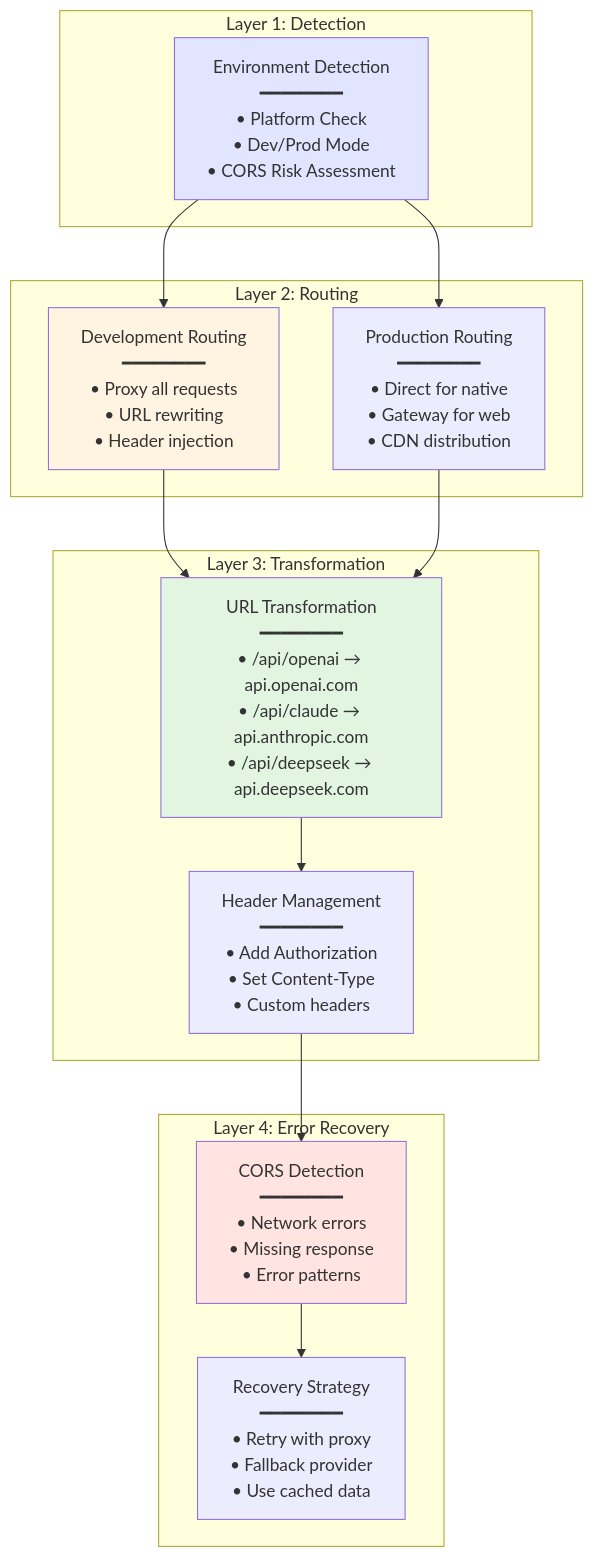
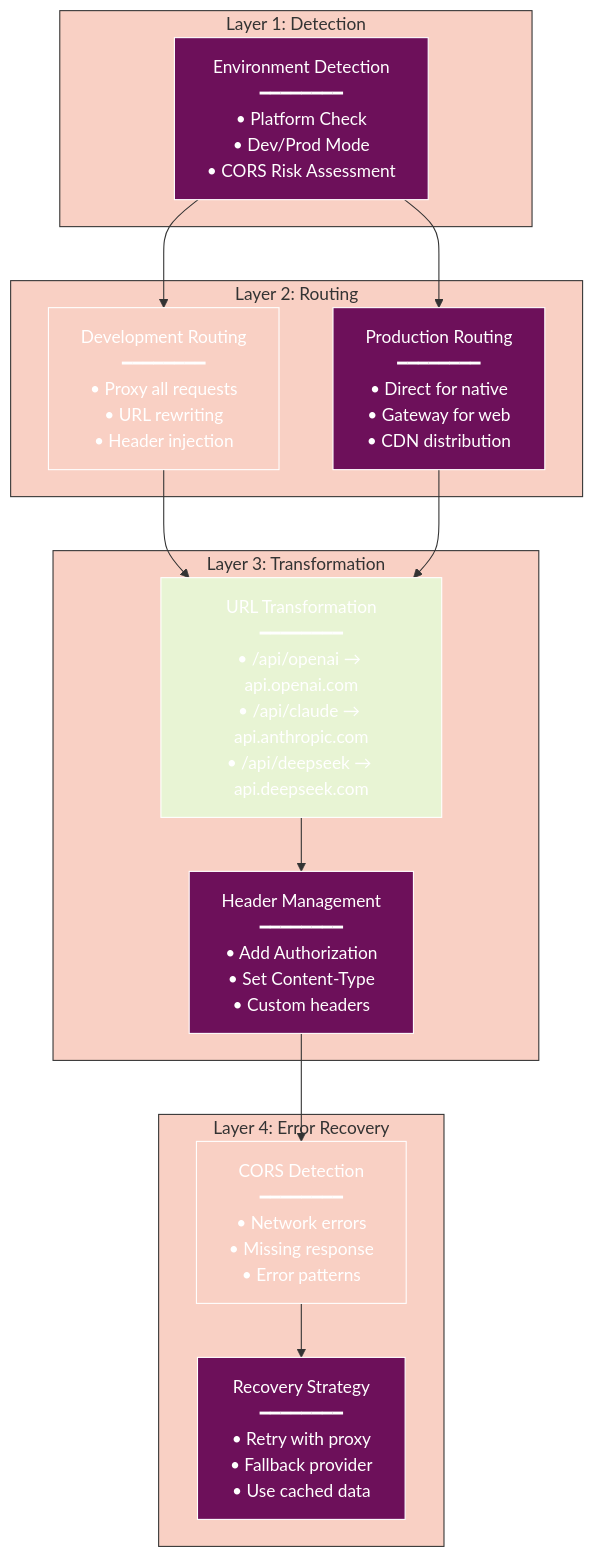
Before and after one commit to radicalkjax/Athena: the fifth of 22 diagrams in docs/API_CORS_HANDLING.md, drawn with Mermaid. The commit also changed other lines of this file and 27 other files, not shown here.

Commit message:
Introduction of expo package manager. Updated docs to reflect changes. Unified mermaid theme for docs.

````diff
--- a/docs/API_CORS_HANDLING.md
+++ b/docs/API_CORS_HANDLING.md
@@ -239,37 +323,58 @@
 ```mermaid
+%%{init: {
+  'theme': 'base',
+  'themeVariables': {
+    'primaryColor': '#6d105a',
+    'primaryTextColor': '#ffffff',
+    'primaryBorderColor': '#ffffff',
+    'lineColor': '#333333',
+    'secondaryColor': '#e8f4d4',
+    'secondaryTextColor': '#333333',
+    'secondaryBorderColor': '#333333',
+    'tertiaryColor': '#f9d0c4',
+    'tertiaryTextColor': '#333333',
+    'tertiaryBorderColor': '#333333',
+    'background': '#ffffff',
+    'mainBkg': '#6d105a',
+    'secondBkg': '#e8f4d4',
+    'tertiaryBkg': '#f9d0c4',
+    'textColor': '#333333',
+    'fontFamily': 'Arial, sans-serif'
+  }
+}}%%
 graph TB
     subgraph "Layer 1: Detection"
         Detect[Environment Detection<br/>━━━━━━━━<br/>• Platform Check<br/>• Dev/Prod Mode<br/>• CORS Risk Assessment]
     end
     
     subgraph "Layer 2: Routing"
         DevRoute[Development Routing<br/>━━━━━━━━<br/>• Proxy all requests<br/>• URL rewriting<br/>• Header injection]
         ProdRoute[Production Routing<br/>━━━━━━━━<br/>• Direct for native<br/>• Gateway for web<br/>• CDN distribution]
     end
     
     subgraph "Layer 3: Transformation"
         URLTrans[URL Transformation<br/>━━━━━━━━<br/>• /api/openai → api.openai.com<br/>• /api/claude → api.anthropic.com<br/>• /api/deepseek → api.deepseek.com]
         HeaderTrans[Header Management<br/>━━━━━━━━<br/>• Add Authorization<br/>• Set Content-Type<br/>• Custom headers]
     end
     
     subgraph "Layer 4: Error Recovery"
         CORSDetect[CORS Detection<br/>━━━━━━━━<br/>• Network errors<br/>• Missing response<br/>• Error patterns]
         Recovery[Recovery Strategy<br/>━━━━━━━━<br/>• Retry with proxy<br/>• Fallback provider<br/>• Use cached data]
     end
     
     Detect --> DevRoute
     Detect --> ProdRoute
     
     DevRoute --> URLTrans
     ProdRoute --> URLTrans
     
     URLTrans --> HeaderTrans
     
     HeaderTrans --> CORSDetect
     CORSDetect --> Recovery
     
-    style Detect fill:#e1e5ff
-    style DevRoute fill:#fff4e1
-    style URLTrans fill:#e1f5e1
-    style CORSDetect fill:#ffe4e1
+    style Detect fill:#6d105a
+    style DevRoute fill:#f9d0c4
+    style URLTrans fill:#e8f4d4
+    style CORSDetect fill:#f9d0c4
 ```
````
